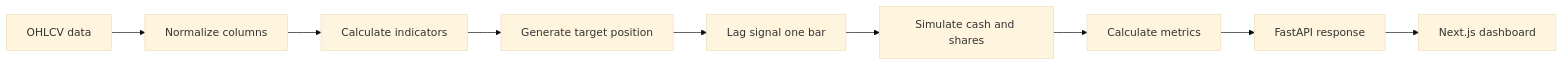
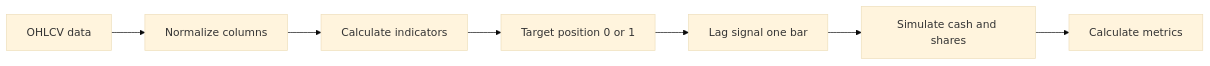
Before and after one commit to TJA0308/AlphaNexus: the third of 3 diagrams in README.md, drawn with Mermaid (base theme). The commit also changed other lines of this file and 11 other files, not shown here.

````diff
--- a/README.md
+++ b/README.md
@@ -41,11 +90,9 @@
 ```mermaid
 flowchart LR
     A[OHLCV data] --> B[Normalize columns]
     B --> C[Calculate indicators]
-    C --> D[Generate target position]
+    C --> D[Target position 0 or 1]
     D --> E[Lag signal one bar]
     E --> F[Simulate cash and shares]
     F --> G[Calculate metrics]
-    G --> H[FastAPI response]
-    H --> I[Next.js dashboard]
 ```
````
